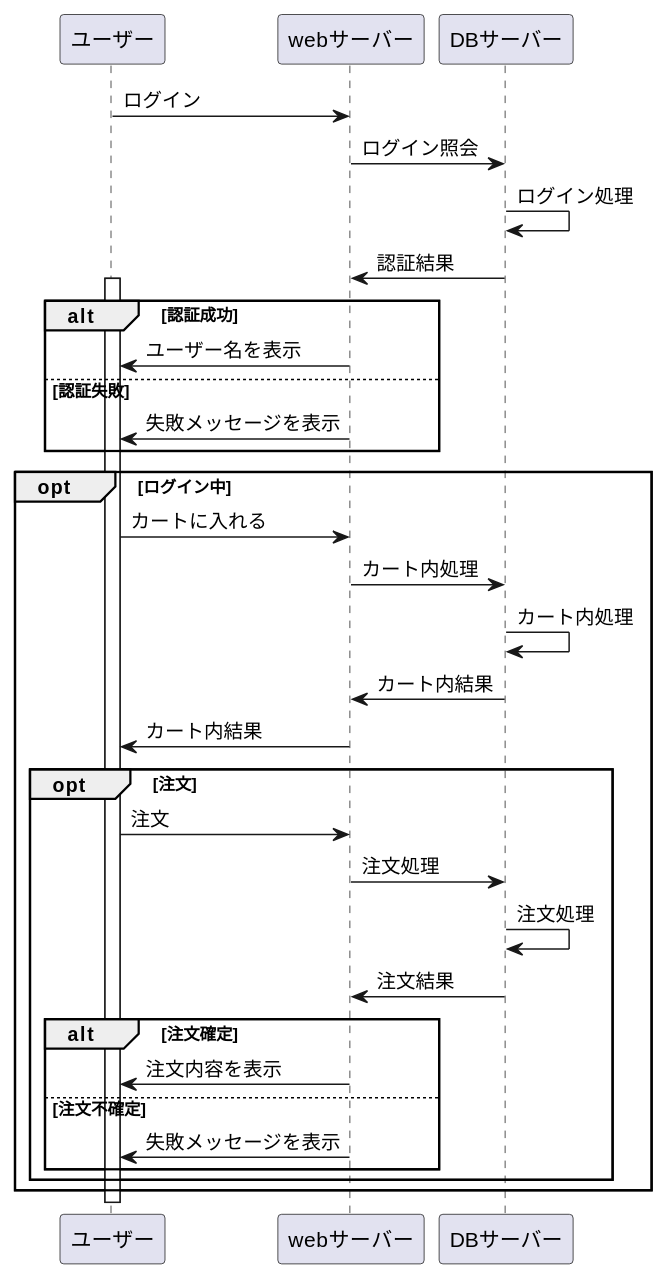
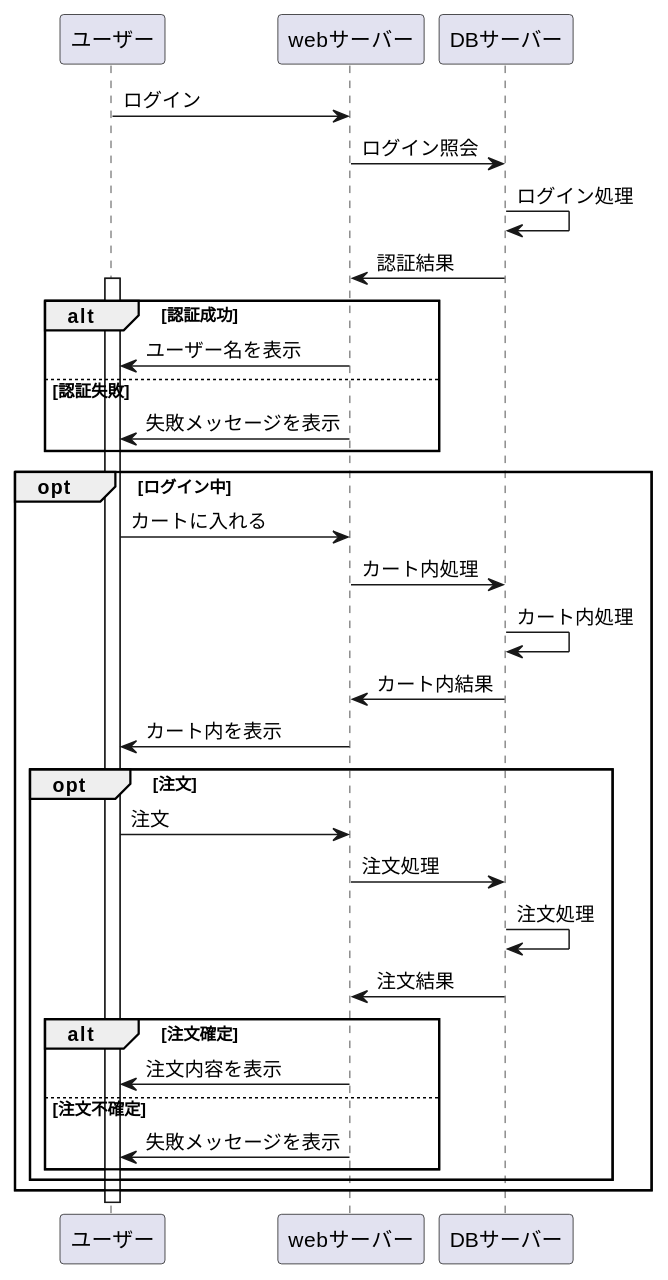
One commit to Aso2001007/System4 changed the diagram in 02_業務フロー/注文.md. Above: the diagram before and after it, drawn with PlantUML.

````diff
--- a/02_業務フロー/注文.md
+++ b/02_業務フロー/注文.md
@@ -1,36 +1,36 @@
 ```uml
 @startuml
 ユーザー -> webサーバー : ログイン
 webサーバー -> DBサーバー : ログイン照会
 DBサーバー -> DBサーバー : ログイン処理
 DBサーバー -> webサーバー : 認証結果
 
 activate ユーザー
 alt 認証成功
 webサーバー -> ユーザー : ユーザー名を表示
 else 認証失敗
 webサーバー -> ユーザー : 失敗メッセージを表示
 end
 
 opt ログイン中
 ユーザー -> webサーバー : カートに入れる
 webサーバー -> DBサーバー : カート内処理
 DBサーバー -> DBサーバー : カート内処理
 DBサーバー -> webサーバー : カート内結果
-webサーバー -> ユーザー : カート内結果
+webサーバー -> ユーザー : カート内を表示
 
 opt 注文
 ユーザー -> webサーバー : 注文
 webサーバー -> DBサーバー : 注文処理
 DBサーバー -> DBサーバー : 注文処理
 DBサーバー -> webサーバー : 注文結果
 alt 注文確定
 webサーバー -> ユーザー : 注文内容を表示
 else 注文不確定
 webサーバー -> ユーザー : 失敗メッセージを表示
 end
 end
 end
 
 @enduml
 ```
````
